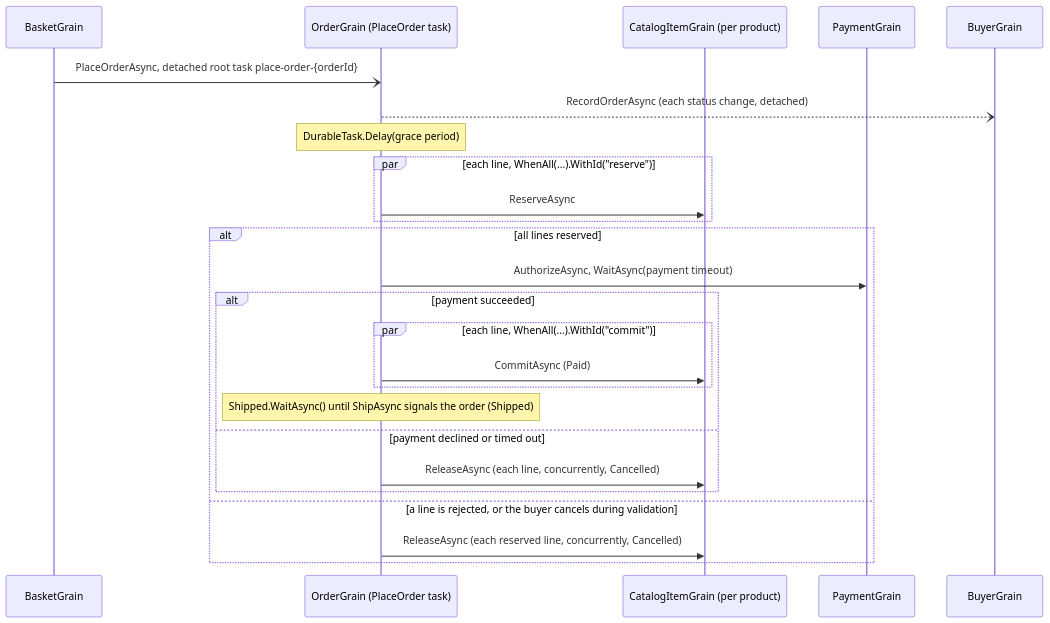
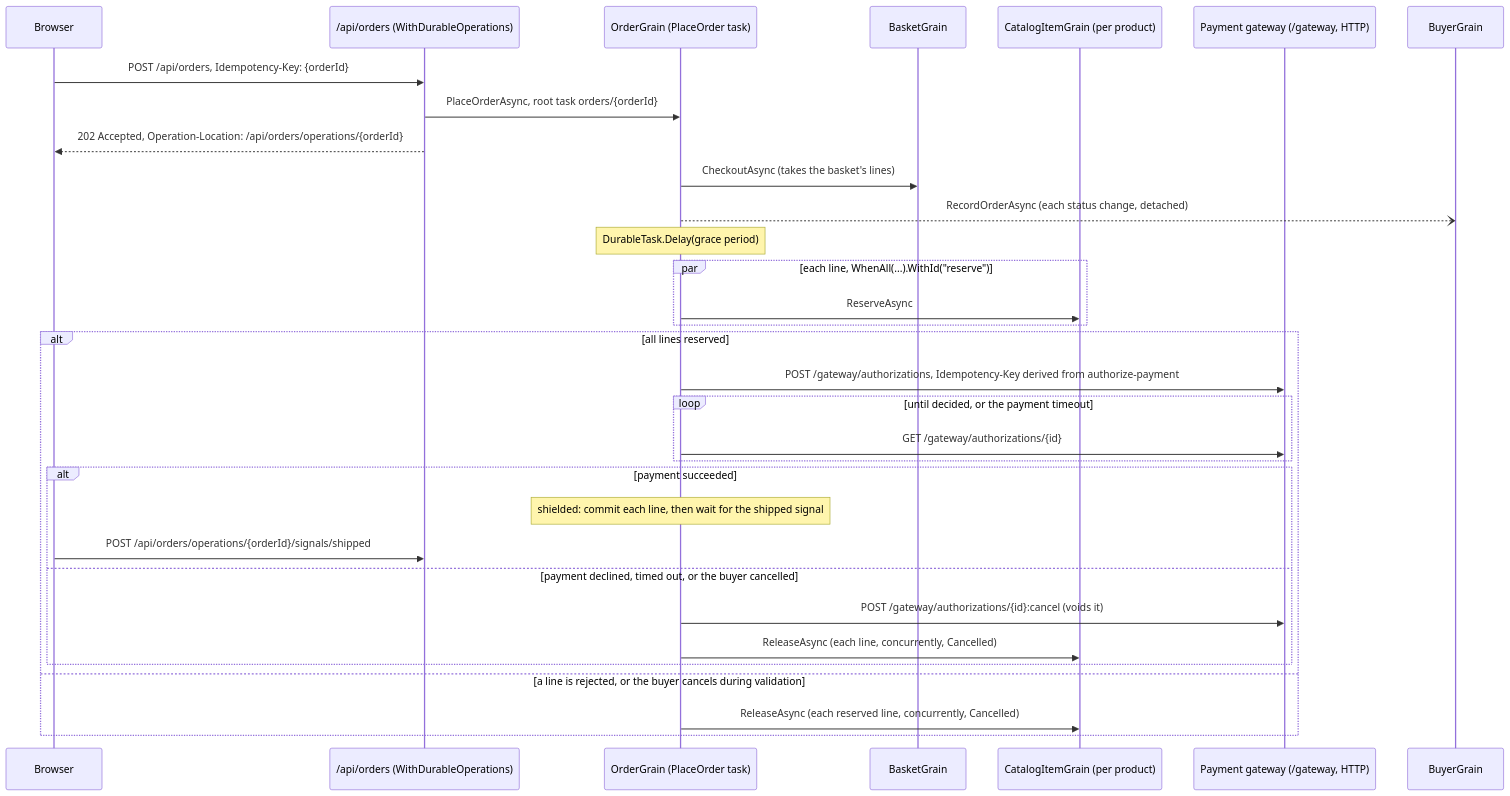
One commit to ReubenBond/orleans changed the diagram in playground/DurableOrderProcessing/README.md. Above: the diagram before and after it, drawn with Mermaid. The commit also changed other lines of this file and 18 other files, not shown here.

First line of the commit message:
feat(playground): serve DurableOrderProcessing through durable HTTP operations with end-to-end idempotency

````diff
--- a/playground/DurableOrderProcessing/README.md
+++ b/playground/DurableOrderProcessing/README.md
@@ -16,27 +17,34 @@
 ```mermaid
 sequenceDiagram
+    participant Browser
+    participant Api as /api/orders (WithDurableOperations)
+    participant Order as OrderGrain (PlaceOrder task)
     participant Basket as BasketGrain
-    participant Order as OrderGrain (PlaceOrder task)
     participant Catalog as CatalogItemGrain (per product)
-    participant Payment as PaymentGrain
+    participant Gateway as Payment gateway (/gateway, HTTP)
     participant Buyer as BuyerGrain
-    Basket-)Order: PlaceOrderAsync, detached root task place-order-{orderId}
+    Browser->>Api: POST /api/orders, Idempotency-Key: {orderId}
+    Api->>Order: PlaceOrderAsync, root task orders/{orderId}
+    Api-->>Browser: 202 Accepted, Operation-Location: /api/orders/operations/{orderId}
+    Order->>Basket: CheckoutAsync (takes the basket's lines)
     Order--)Buyer: RecordOrderAsync (each status change, detached)
     Note over Order: DurableTask.Delay(grace period)
     par each line, WhenAll(...).WithId("reserve")
         Order->>Catalog: ReserveAsync
     end
     alt all lines reserved
-        Order->>Payment: AuthorizeAsync, WaitAsync(payment timeout)
+        Order->>Gateway: POST /gateway/authorizations, Idempotency-Key derived from authorize-payment
+        loop until decided, or the payment timeout
+            Order->>Gateway: GET /gateway/authorizations/{id}
+        end
         alt payment succeeded
-            par each line, WhenAll(...).WithId("commit")
-                Order->>Catalog: CommitAsync (Paid)
-            end
-            Note over Order: Shipped.WaitAsync() until ShipAsync signals the order (Shipped)
-        else payment declined or timed out
+            Note over Order: shielded: commit each line, then wait for the shipped signal
+            Browser->>Api: POST /api/orders/operations/{orderId}/signals/shipped
+        else payment declined, timed out, or the buyer cancelled
+            Order->>Gateway: POST /gateway/authorizations/{id}:cancel (voids it)
             Order->>Catalog: ReleaseAsync (each line, concurrently, Cancelled)
         end
     else a line is rejected, or the buyer cancels during validation
         Order->>Catalog: ReleaseAsync (each reserved line, concurrently, Cancelled)
     end
 ```
````
